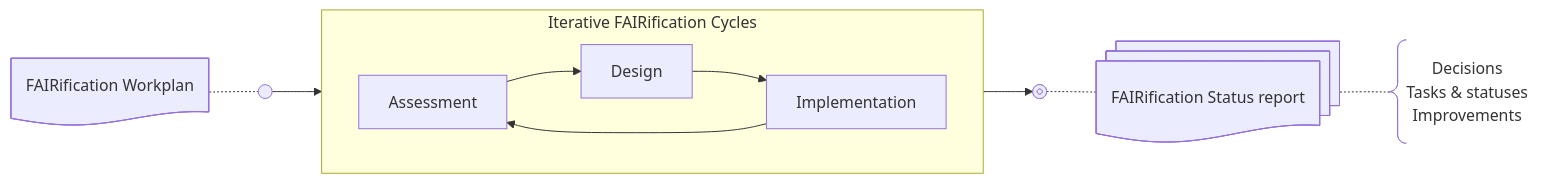
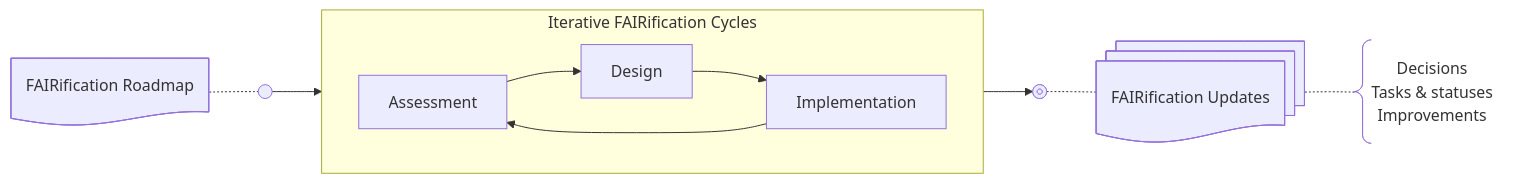
Before and after one commit to elixir-europe/interoperability_2024-26: the diagram in pages/framework/diagrams-mmd/FAIRificationProcess-menu-03.mmd, drawn with Mermaid. The commit also changed 3 other files, not shown here.

```diff
--- a/pages/framework/diagrams-mmd/FAIRificationProcess-menu-03.mmd
+++ b/pages/framework/diagrams-mmd/FAIRificationProcess-menu-03.mmd
@@ -1,14 +1,14 @@
 flowchart LR;
-    A@{ shape: doc, label: "FAIRification Workplan" }
+    A@{ shape: doc, label: "FAIRification Roadmap" }
     start@{ shape: sm-circ, label: "Project Examination" }
     subgraph Phase[Iterative FAIRification Cycles]
         direction LR
         Assessment --> Design --> Implementation
         Implementation --> Assessment
     end
     finish@{ shape: framed-circle, label: "Post-FAIRification Review" }
-    B1@{ shape: docs, label: "FAIRification Status report" }
+    B1@{ shape: docs, label: "FAIRification Updates" }
     B2@{ shape: brace, label: "Decisions
     Tasks&nbsp;&amp;&nbsp;statuses
     Improvements" }
     A -.- start --> Phase --> finish -.- B1 -.- B2
```
